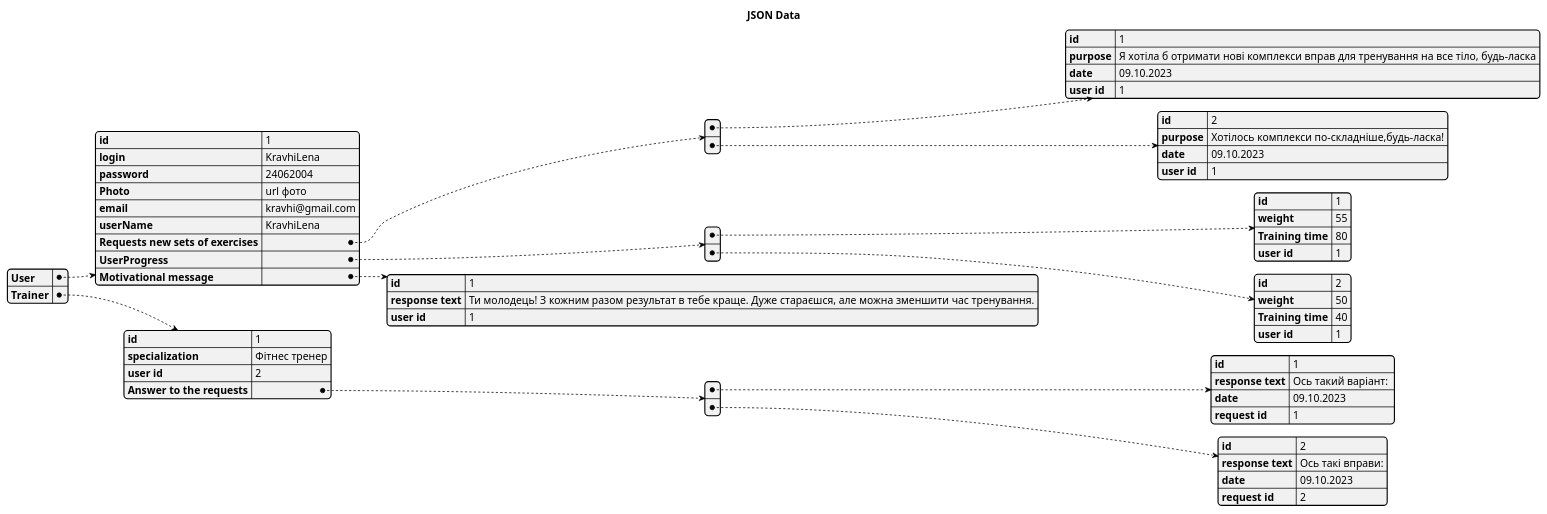
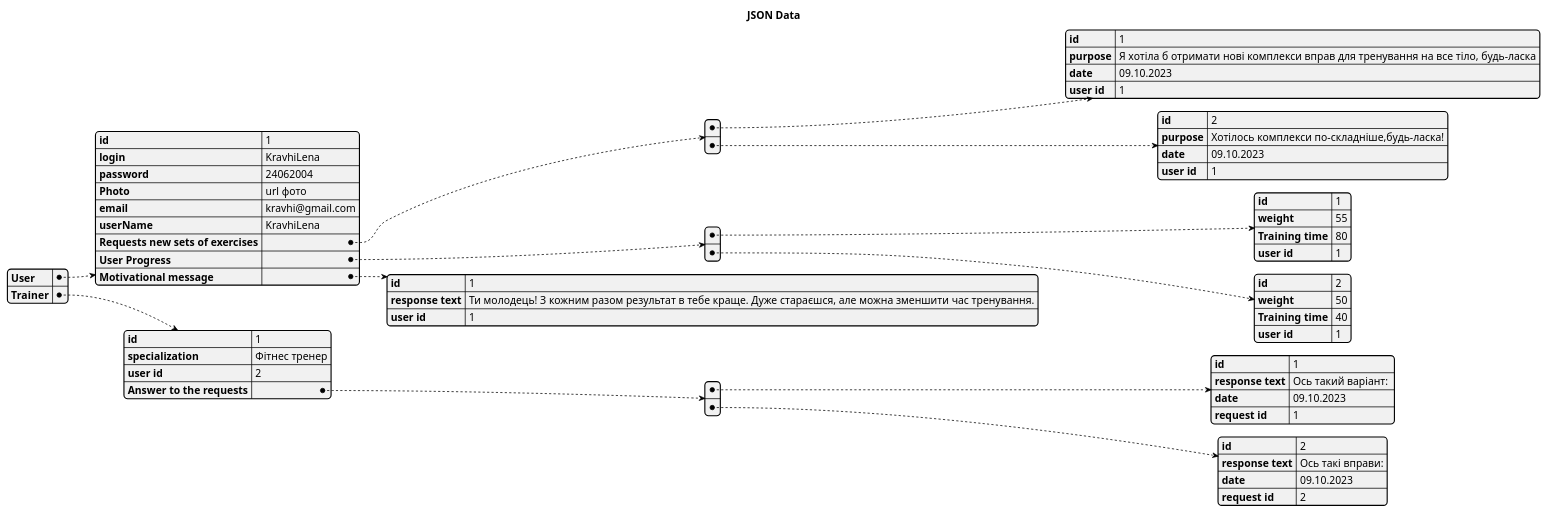
The diagram in 2-SoftwareDesign/2.7-PlantUML/DataModel.puml (oleksandrblazhko/ai-214-kravchishina), drawn with PlantUML before and after one commit.

```diff
--- a/2-SoftwareDesign/2.7-PlantUML/DataModel.puml
+++ b/2-SoftwareDesign/2.7-PlantUML/DataModel.puml
@@ -1,65 +1,65 @@
 @startjson
   title JSON Data
 {
   "User": {
     "id": "1",
     "login": "KravhiLena",
     "password": "24062004",
     "Photo": "url фото",
     "email": "kravhi@gmail.com",
     "userName": "KravhiLena",
     "Requests new sets of exercises": [
       {
         "id": "1",
         "purpose": "Я хотіла б отримати нові комплекси вправ для тренування на все тіло, будь-ласка",
         "date": "09.10.2023",
         "user id": "1"
       },
       {
         "id": "2",
         "purpose": "Хотілось комплекси по-складніше,будь-ласка!",
         "date": "09.10.2023",
         "user id": "1"
       }
     ],
-    "UserProgress": [
+    "User Progress": [
       {
         "id": "1",
         "weight": "55",
         "Training time": "80",
         "user id": "1"
       },
       {
         "id": "2",
         "weight": "50",
         "Training time": "40",
         "user id": "1"
       }
     ],
     "Motivational message": {
       "id": "1",
       "response text": "Ти молодець! З кожним разом результат в тебе краще. Дуже стараєшся, але можна зменшити час тренування.",
       "user id": "1"
     }
   },
   "Trainer": {
     "id": "1",
     "specialization": "Фітнес тренер",
     "user id": "2",
     "Answer to the requests": [
       {
         "id": "1",
         "response text": "Ось такий варіант: ",
         "date": "09.10.2023",
         "request id": 1
       },
       {
         "id": "2",
         "response text": "Ось такі вправи:",
         "date": "09.10.2023",
         "request id": 2
       }
     ]
   }
 }
 @endjson
```
